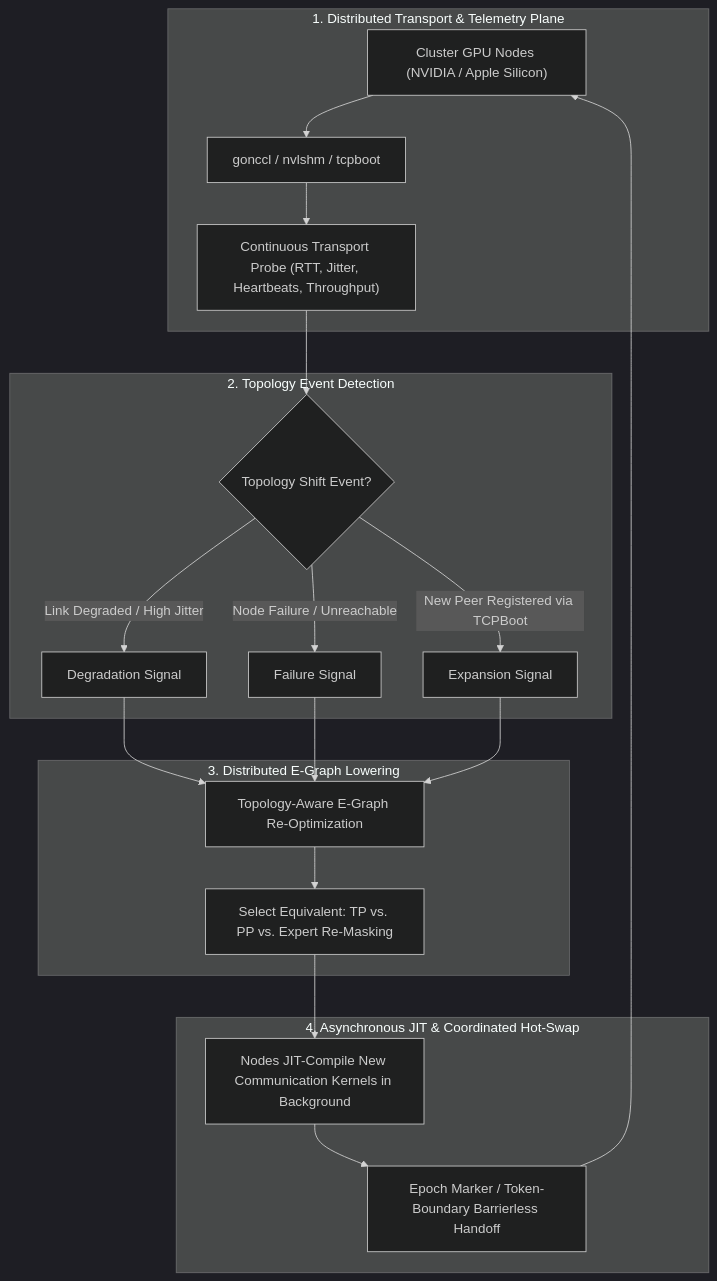
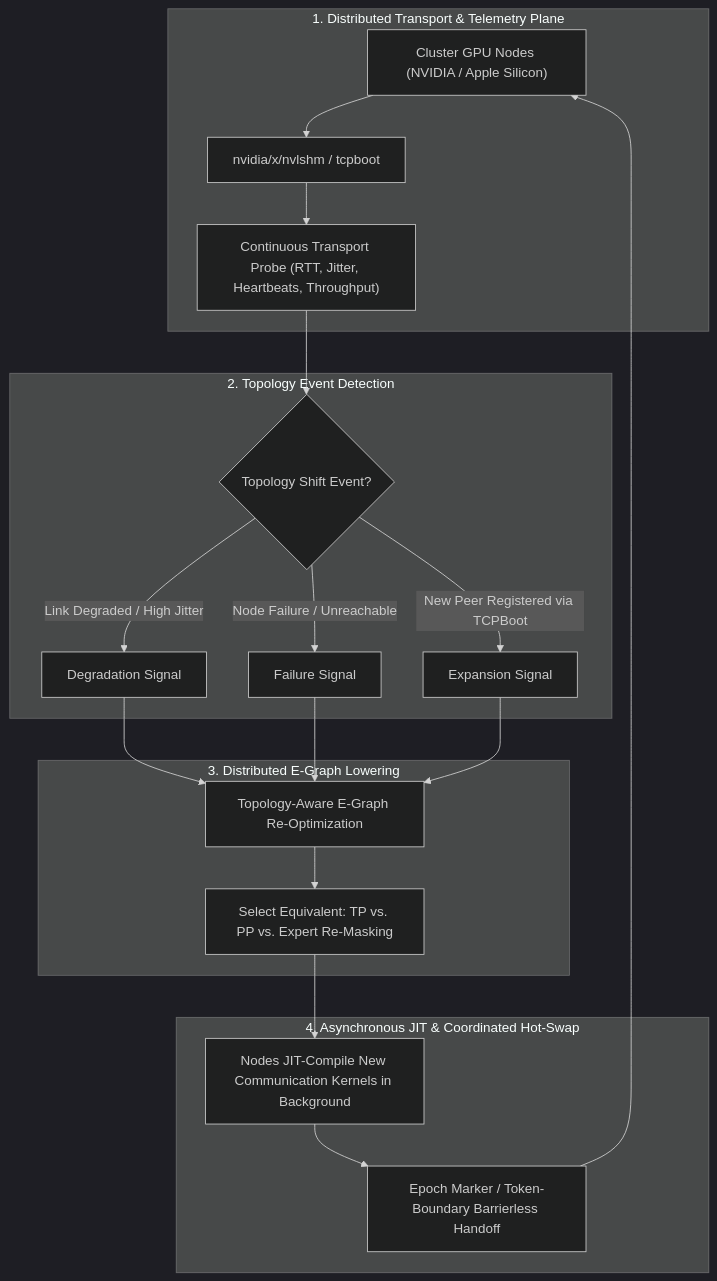
The diagram in docs/DISTRIBUTED_ADAPTIVE_PGO_DESIGN.md (tmc/lib), drawn with Mermaid (dark theme) before and after one commit. The commit also changed other lines of this file, not shown here.

First line of the commit message:
docs: standardize on pure-Go nvidia/x packages for distributed adaptive PGO

````diff
--- a/docs/DISTRIBUTED_ADAPTIVE_PGO_DESIGN.md
+++ b/docs/DISTRIBUTED_ADAPTIVE_PGO_DESIGN.md
@@ -25,27 +25,27 @@
 ```mermaid
 graph TD
     subgraph "1. Distributed Transport & Telemetry Plane"
-        A["Cluster GPU Nodes (NVIDIA / Apple Silicon)"] --> B["gonccl / nvlshm / tcpboot"]
+        A["Cluster GPU Nodes (NVIDIA / Apple Silicon)"] --> B["nvidia/x/nvlshm / tcpboot"]
         B --> C["Continuous Transport Probe (RTT, Jitter, Heartbeats, Throughput)"]
     end
 
     subgraph "2. Topology Event Detection"
         C --> D{"Topology Shift Event?"}
         D -->|Link Degraded / High Jitter| E["Degradation Signal"]
         D -->|Node Failure / Unreachable| F["Failure Signal"]
         D -->|New Peer Registered via TCPBoot| G["Expansion Signal"]
     end
 
     subgraph "3. Distributed E-Graph Lowering"
         E --> H["Topology-Aware E-Graph Re-Optimization"]
         F --> H
         G --> H
         H --> I["Select Equivalent: TP vs. PP vs. Expert Re-Masking"]
     end
 
     subgraph "4. Asynchronous JIT & Coordinated Hot-Swap"
         I --> J["Nodes JIT-Compile New Communication Kernels in Background"]
         J --> K["Epoch Marker / Token-Boundary Barrierless Handoff"]
         K --> A
     end
 ```
````
